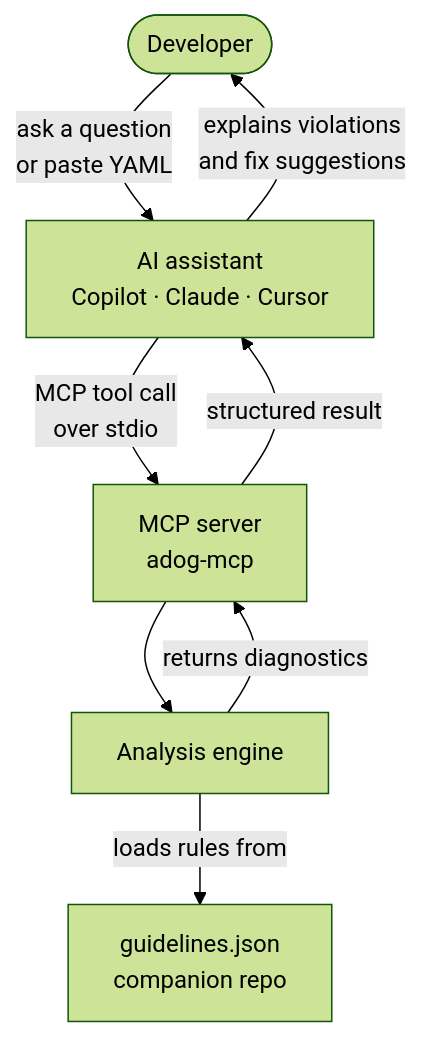
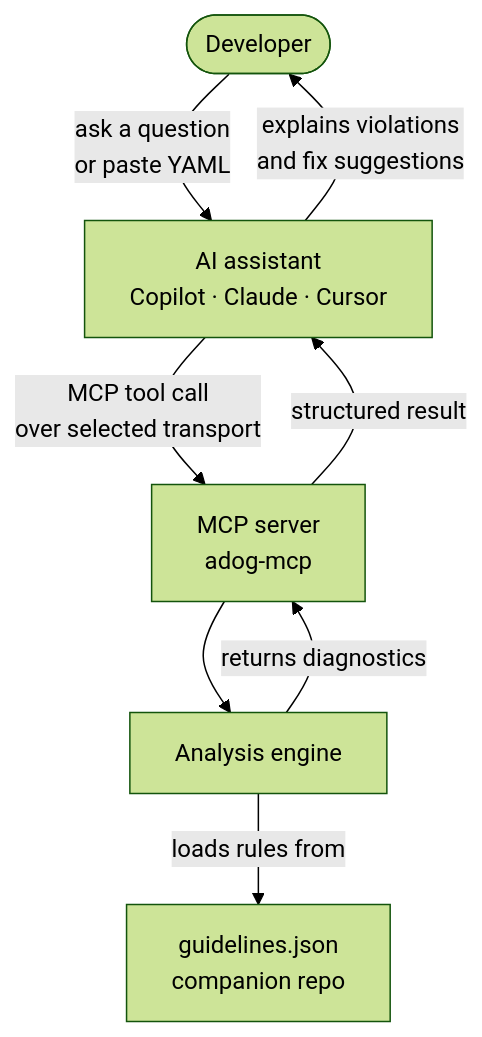
The diagram in docs/mcp-reference.md (ruijarimba/azure-pipelines-guidelines-ai-mcp), drawn with Mermaid (forest theme) before and after one commit. The commit also changed other lines of this file and 4 other files, not shown here.

Commit message:
docs: align MCP transport terminology in docs

````diff
--- a/docs/mcp-reference.md
+++ b/docs/mcp-reference.md
@@ -34,16 +36,16 @@
 ```mermaid
 graph TD
     dev(["Developer"])
     ai["AI assistant\nCopilot · Claude · Cursor"]
     srv["MCP server\nadog-mcp"]
     eng["Analysis engine"]
     mnf["guidelines.json\ncompanion repo"]
 
     dev -->|"ask a question\nor paste YAML"| ai
-    ai -->|"MCP tool call\nover stdio"| srv
+    ai -->|"MCP tool call\nover selected transport"| srv
     srv --> eng
     eng -->|"loads rules from"| mnf
     eng -->|"returns diagnostics"| srv
     srv -->|"structured result"| ai
     ai -->|"explains violations\nand fix suggestions"| dev
 ```
````
